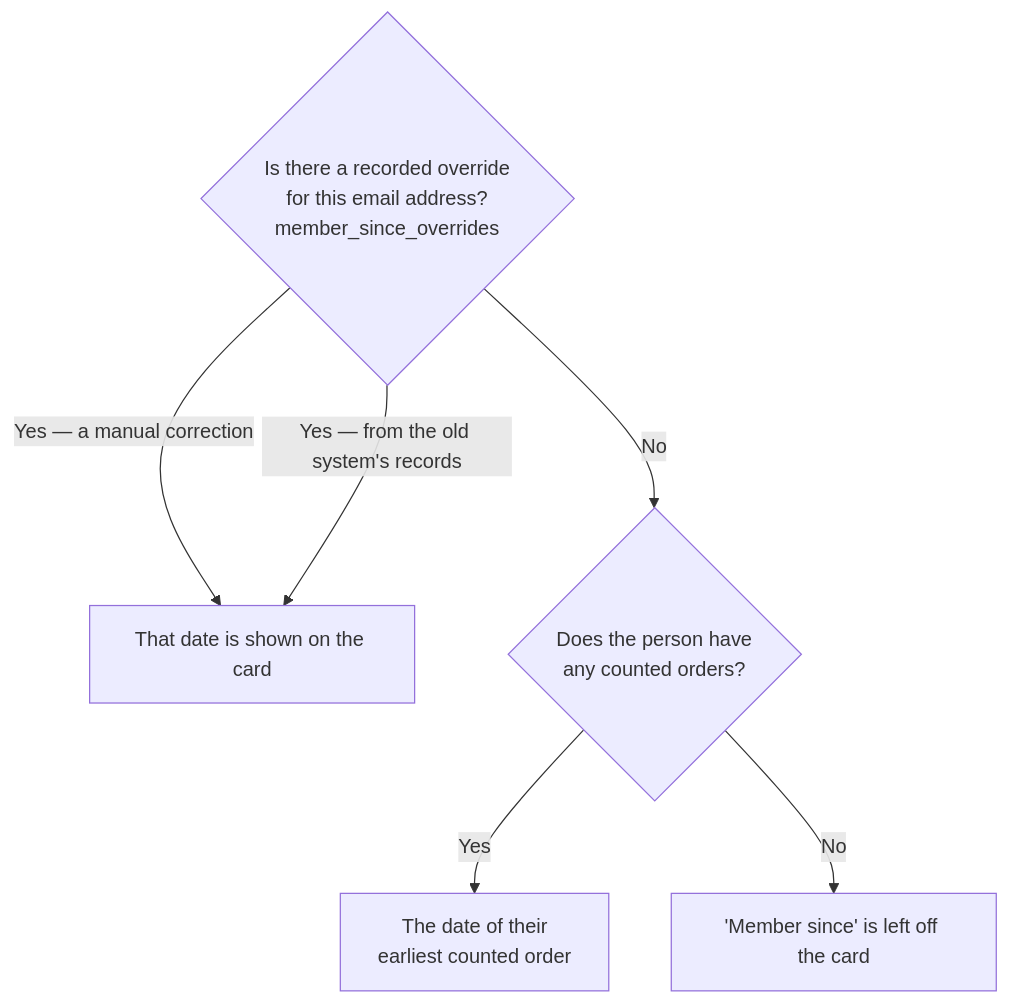
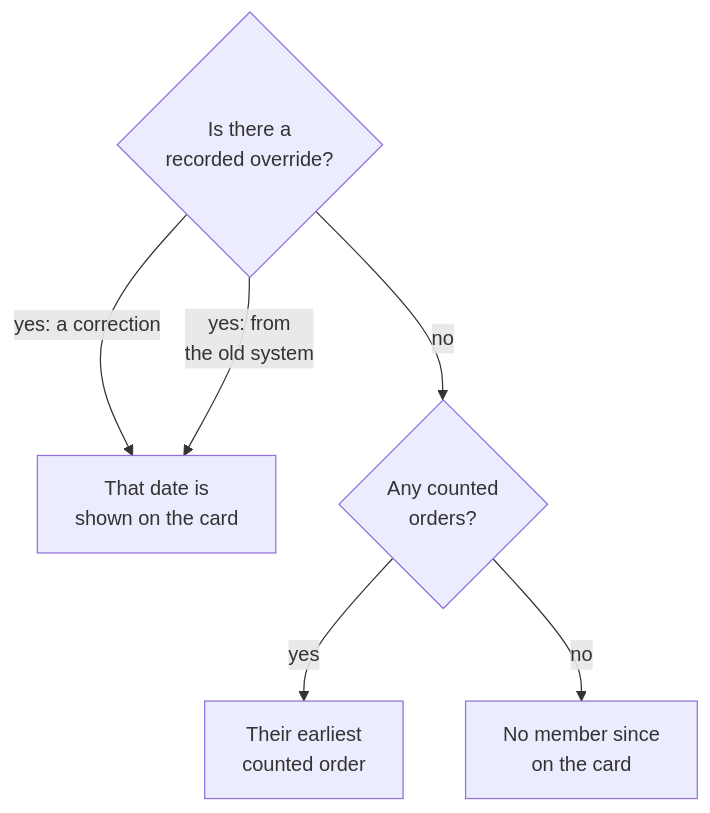
Before and after one commit to los-verdes/card-losverd-es: the second of 2 diagrams in docs/membership-card-provenance.md, drawn with Mermaid. The commit also changed other lines of this file and 2 other files, not shown here.

First line of the commit message:
Define what an order is, and make the provenance doc the specification (#183)

````diff
--- a/docs/membership-card-provenance.md
+++ b/docs/membership-card-provenance.md
@@ -238,9 +360,10 @@
 ```mermaid
+%% Short labels only -- see the note on the diagram in section 2.
 flowchart TD
-    Q{"Is there a recorded override<br/>for this email address?<br/>member_since_overrides"}
-    Q -->|"Yes — a manual correction"| A["That date is shown on the card"]
-    Q -->|"Yes — from the old system's records"| A
-    Q -->|No| B{"Does the person have<br/>any counted orders?"}
-    B -->|Yes| C["The date of their<br/>earliest counted order"]
-    B -->|No| D["'Member since' is left off the card"]
+    Q{"Is there a<br/>recorded override?"}
+    Q -->|"yes: a correction"| A["That date is<br/>shown on the card"]
+    Q -->|"yes: from<br/>the old system"| A
+    Q -->|no| B{"Any counted<br/>orders?"}
+    B -->|yes| C["Their earliest<br/>counted order"]
+    B -->|no| D["No member since<br/>on the card"]
 ```
````
